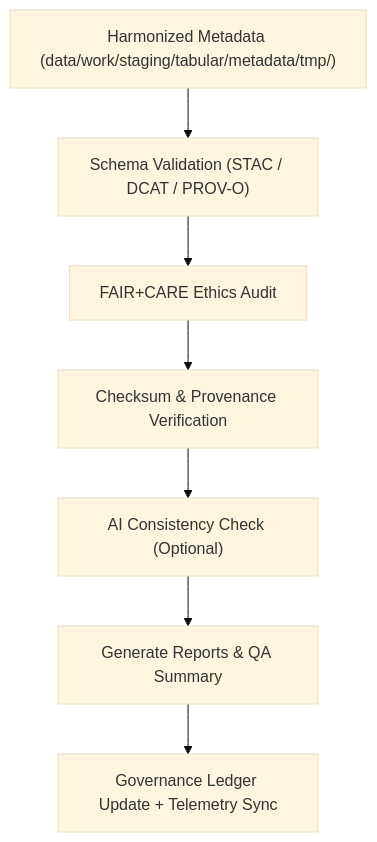
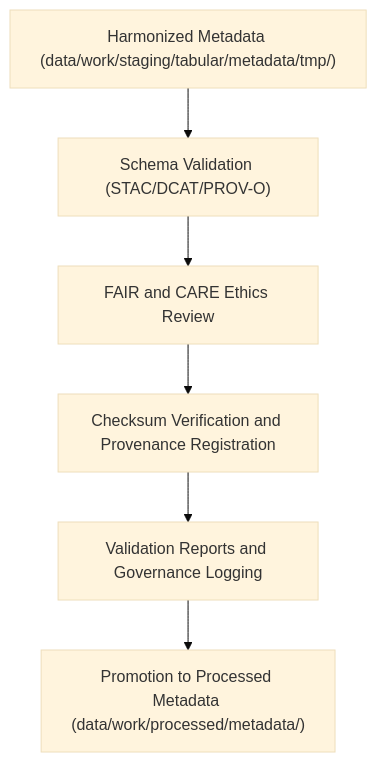
One commit to bartytime4life/Kansas-Frontier-Matrix changed the diagram in data/work/staging/tabular/metadata/validation/README.md. Above: the diagram before and after it, drawn with Mermaid (base theme). The commit also changed other lines of this file, not shown here.

````diff
--- a/data/work/staging/tabular/metadata/validation/README.md
+++ b/data/work/staging/tabular/metadata/validation/README.md
@@ -69,9 +63,8 @@
 ```mermaid
 flowchart TD
-    A["Harmonized Metadata (data/work/staging/tabular/metadata/tmp/)"] --> B["Schema Validation (STAC / DCAT / PROV-O)"]
-    B --> C["FAIR+CARE Ethics Audit"]
-    C --> D["Checksum & Provenance Verification"]
-    D --> E["AI Consistency Check (Optional)"]
-    E --> F["Generate Reports & QA Summary"]
-    F --> G["Governance Ledger Update + Telemetry Sync"]
+    A["Harmonized Metadata (data/work/staging/tabular/metadata/tmp/)"] --> B["Schema Validation (STAC/DCAT/PROV-O)"]
+    B --> C["FAIR and CARE Ethics Review"]
+    C --> D["Checksum Verification and Provenance Registration"]
+    D --> E["Validation Reports and Governance Logging"]
+    E --> F["Promotion to Processed Metadata (data/work/processed/metadata/)"]
 ```
````
